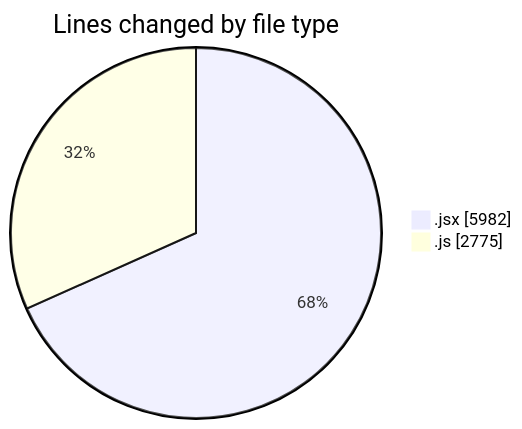
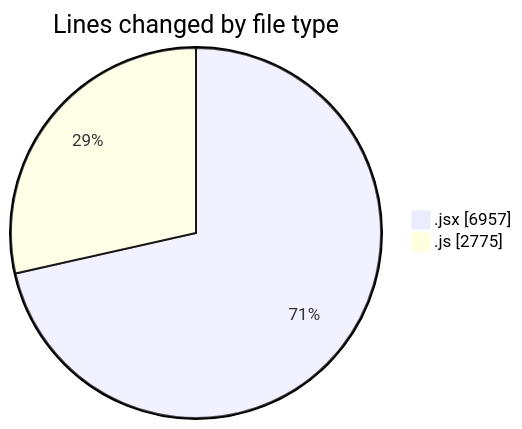
One commit to nxtqubesakshisongat/code-tracking changed the first of 2 diagrams in 2025-08-04/nxtqube_webapp/README.md. Above: the diagram before and after it, drawn with Mermaid. The commit also changed other lines of this file and 1 other file, not shown here.

````diff
--- a/2025-08-04/nxtqube_webapp/README.md
+++ b/2025-08-04/nxtqube_webapp/README.md
@@ -41,6 +42,6 @@
 ```mermaid
 pie showData
 title Lines changed by file type
-".jsx" : 5982
+".jsx" : 6957
 ".js" : 2775
 ```
````
